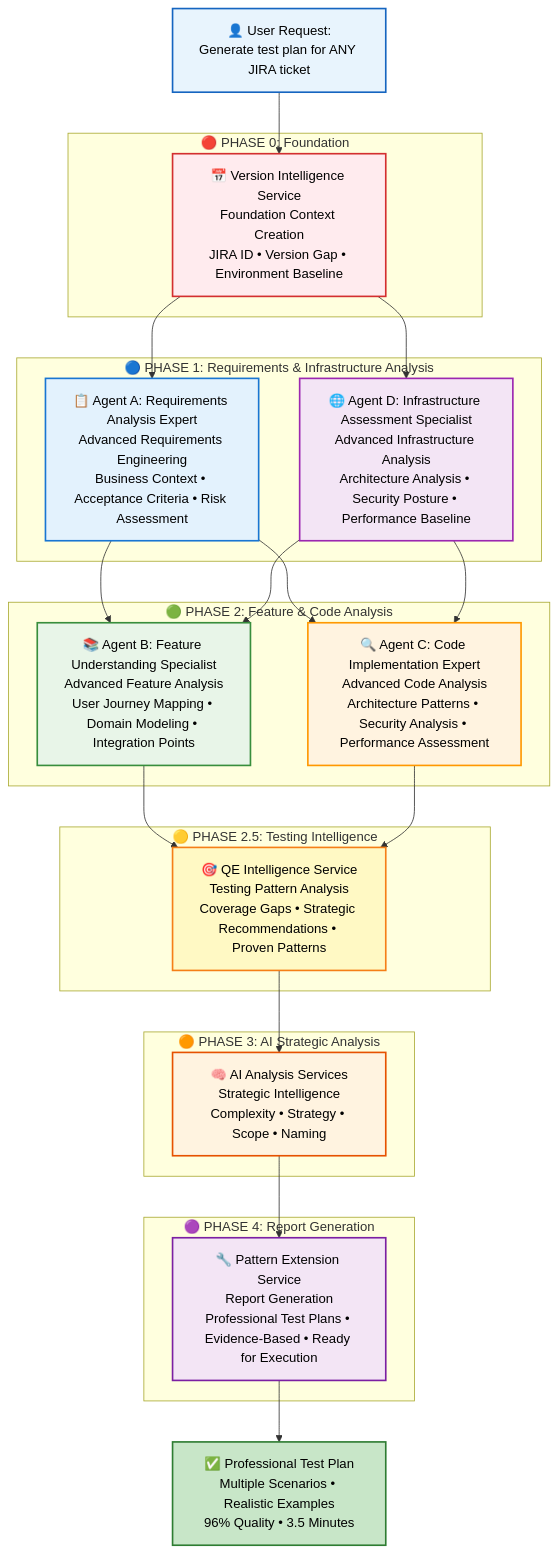
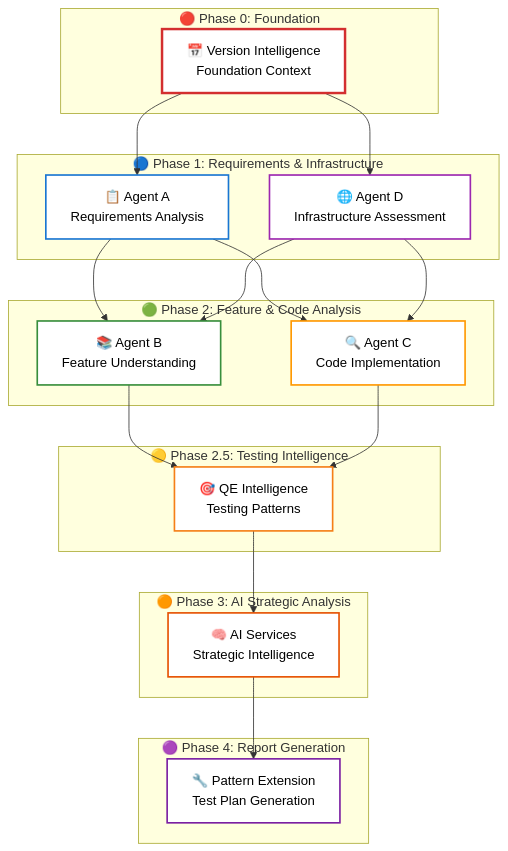
The first of 12 diagrams in apps/claude-test-generator/docs/agents_concepts_workflow.md (stolostron/ai-test-gen), drawn with Mermaid before and after one commit. The commit also changed other lines of this file and 630 other files, not shown here.

````diff
--- a/apps/claude-test-generator/docs/agents_concepts_workflow.md
+++ b/apps/claude-test-generator/docs/agents_concepts_workflow.md
@@ -158,58 +89,48 @@
 ```mermaid
 graph TD
-    START[👤 User Request:<br/>Generate test plan for ANY JIRA ticket]
-    
-    subgraph "🔴 PHASE 0: Foundation"
-        P0[📅 Version Intelligence Service<br/>Foundation Context Creation<br/>JIRA ID • Version Gap • Environment Baseline]
+    subgraph P0G ["🔴 Phase 0: Foundation"]
+        P0["📅 Version Intelligence<br/>Foundation Context"]
     end
     
-    subgraph "🔵 PHASE 1: Requirements & Infrastructure Analysis"
-        P1A[📋 Agent A: Requirements Analysis Expert<br/>Advanced Requirements Engineering<br/>Business Context • Acceptance Criteria • Risk Assessment]
-        P1D[🌐 Agent D: Infrastructure Assessment Specialist<br/>Advanced Infrastructure Analysis<br/>Architecture Analysis • Security Posture • Performance Baseline]
+    subgraph P1G ["🔵 Phase 1: Requirements & Infrastructure"]
+        P1A["📋 Agent A<br/>Requirements Analysis"]
+        P1D["🌐 Agent D<br/>Infrastructure Assessment"]
     end
     
-    subgraph "🟢 PHASE 2: Feature & Code Analysis"
-        P2B[📚 Agent B: Feature Understanding Specialist<br/>Advanced Feature Analysis<br/>User Journey Mapping • Domain Modeling • Integration Points]
-        P2C[🔍 Agent C: Code Implementation Expert<br/>Advanced Code Analysis<br/>Architecture Patterns • Security Analysis • Performance Assessment]
+    subgraph P2G ["🟢 Phase 2: Feature & Code Analysis"]
+        P2B["📚 Agent B<br/>Feature Understanding"]
+        P2C["🔍 Agent C<br/>Code Implementation"]
     end
     
-    subgraph "🟡 PHASE 2.5: Testing Intelligence"
-        P25[🎯 QE Intelligence Service<br/>Testing Pattern Analysis<br/>Coverage Gaps • Strategic Recommendations • Proven Patterns]
+    subgraph P25G ["🟡 Phase 2.5: Testing Intelligence"]
+        P25["🎯 QE Intelligence<br/>Testing Patterns"]
     end
     
-    subgraph "🟠 PHASE 3: AI Strategic Analysis"
-        P3[🧠 AI Analysis Services<br/>Strategic Intelligence<br/>Complexity • Strategy • Scope • Naming]
+    subgraph P3G ["🟠 Phase 3: AI Strategic Analysis"]
+        P3["🧠 AI Services<br/>Strategic Intelligence"]
     end
     
-    subgraph "🟣 PHASE 4: Report Generation"
-        P4[🔧 Pattern Extension Service<br/>Report Generation<br/>Professional Test Plans • Evidence-Based • Ready for Execution]
+    subgraph P4G ["🟣 Phase 4: Report Generation"]
+        P4["🔧 Pattern Extension<br/>Test Plan Generation"]
     end
     
-    RESULT[✅ Professional Test Plan<br/>Multiple Scenarios • Realistic Examples<br/>96% Quality • 3.5 Minutes]
-    
-    %% Flow
-    START --> P0
     P0 --> P1A
     P0 --> P1D
     P1A --> P2B
     P1A --> P2C
     P1D --> P2B
     P1D --> P2C
     P2B --> P25
     P2C --> P25
     P25 --> P3
     P3 --> P4
-    P4 --> RESULT
     
-    %% Styling for Phase Groups
-    style P0 fill:#ffebee,stroke:#d32f2f,stroke-width:2px,color:#000
-    style P1A fill:#e3f2fd,stroke:#1976d2,stroke-width:2px,color:#000
-    style P1D fill:#f3e5f5,stroke:#9c27b0,stroke-width:2px,color:#000
-    style P2B fill:#e8f5e8,stroke:#388e3c,stroke-width:2px,color:#000
-    style P2C fill:#fff3e0,stroke:#ff9800,stroke-width:2px,color:#000
-    style P25 fill:#fff9c4,stroke:#f57f17,stroke-width:2px,color:#000
-    style P3 fill:#fff3e0,stroke:#e65100,stroke-width:2px,color:#000
-    style P4 fill:#f3e5f5,stroke:#7b1fa2,stroke-width:2px,color:#000
-    style START fill:#e8f4fd,stroke:#1565c0,stroke-width:2px,color:#000
-    style RESULT fill:#c8e6c8,stroke:#2e7d32,stroke-width:2px,color:#000
+    style P0 fill:#ffffff,stroke:#d32f2f,stroke-width:3px,color:#000
+    style P1A fill:#ffffff,stroke:#1976d2,stroke-width:2px,color:#000
+    style P1D fill:#ffffff,stroke:#9c27b0,stroke-width:2px,color:#000
+    style P2B fill:#ffffff,stroke:#388e3c,stroke-width:2px,color:#000
+    style P2C fill:#ffffff,stroke:#ff9800,stroke-width:2px,color:#000
+    style P25 fill:#ffffff,stroke:#f57f17,stroke-width:2px,color:#000
+    style P3 fill:#ffffff,stroke:#e65100,stroke-width:2px,color:#000
+    style P4 fill:#ffffff,stroke:#7b1fa2,stroke-width:2px,color:#000
 ```
````
